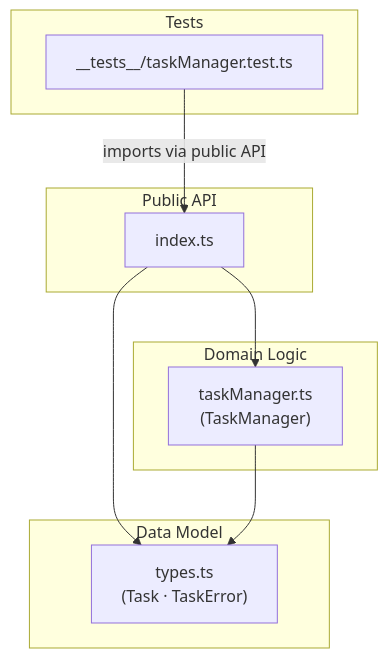
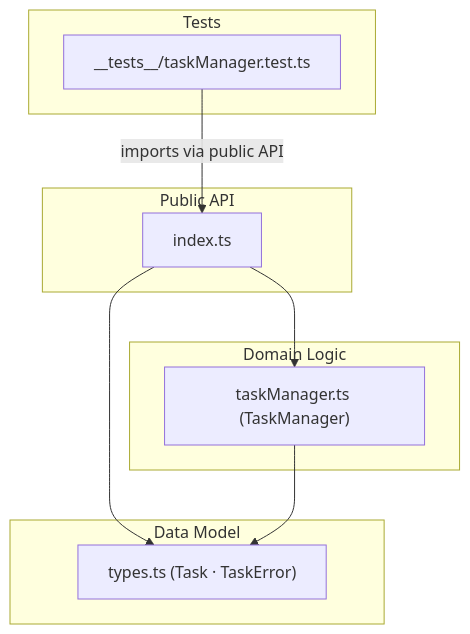
The first of 3 diagrams in assignments/todo-app-ts-test/docs/ARCHITECTURE.md (sivanbecker/home-assignements), drawn with Mermaid before and after one commit.

Commit message:
docs(todo-app-ts-test): fix mermaid subgraph label syntax in ARCHITECTURE.md

````diff
--- a/assignments/todo-app-ts-test/docs/ARCHITECTURE.md
+++ b/assignments/todo-app-ts-test/docs/ARCHITECTURE.md
@@ -13,23 +13,23 @@
 ```mermaid
 flowchart TD
   subgraph Tests
     test["__tests__/taskManager.test.ts"]
   end
 
   subgraph PublicAPI["Public API"]
     index["index.ts"]
   end
 
   subgraph Domain["Domain Logic"]
-    manager["taskManager.ts\n(TaskManager)"]
+    manager["taskManager.ts (TaskManager)"]
   end
 
   subgraph Model["Data Model"]
-    types["types.ts\n(Task · TaskError)"]
+    types["types.ts (Task · TaskError)"]
   end
 
   test -->|"imports via public API"| index
   index --> manager
   index --> types
   manager --> types
 ```
````
